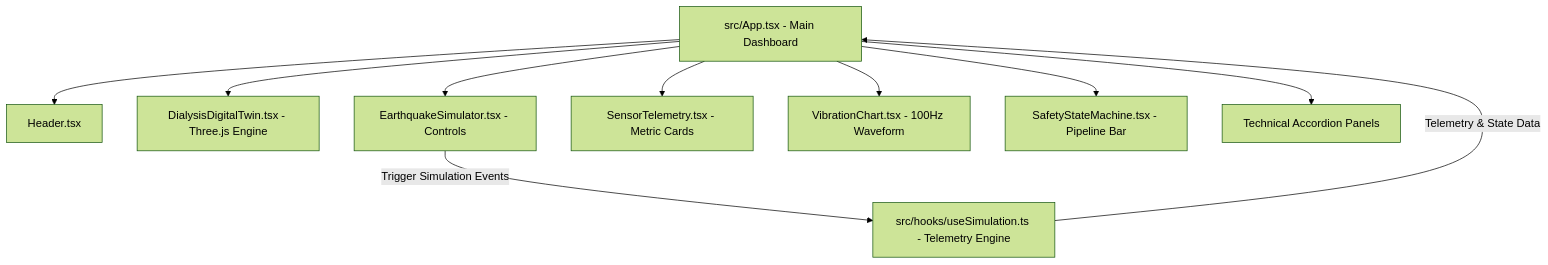
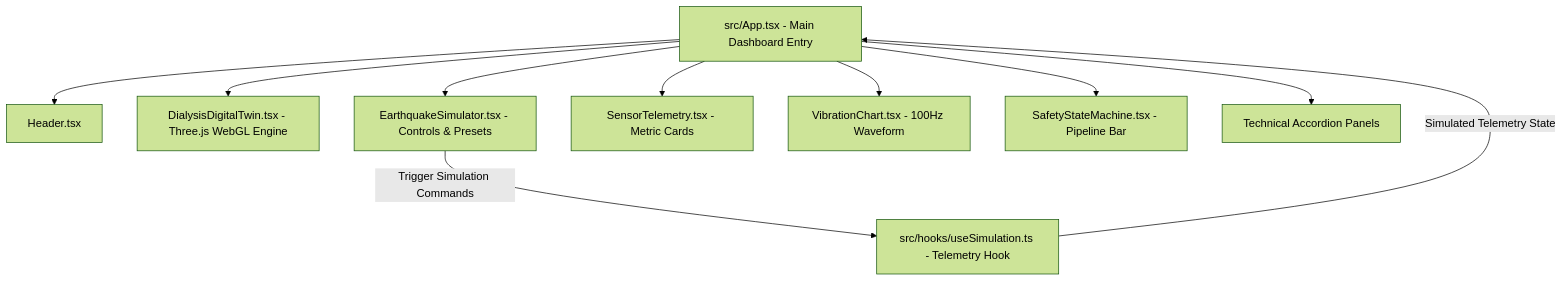
The second of 2 diagrams in README.md (s-angad/earthquake_stablizer), drawn with Mermaid (forest theme) before and after one commit. The commit also changed other lines of this file, not shown here.

````diff
--- a/README.md
+++ b/README.md
@@ -319,16 +332,16 @@
 ```mermaid
 flowchart TD
-    App[src/App.tsx - Main Dashboard]
-    Hook[src/hooks/useSimulation.ts - Telemetry Engine]
+    App[src/App.tsx - Main Dashboard Entry]
+    Hook[src/hooks/useSimulation.ts - Telemetry Hook]
     
     App --> Header[Header.tsx]
-    App --> Twin[DialysisDigitalTwin.tsx - Three.js Engine]
-    App --> Sim[EarthquakeSimulator.tsx - Controls]
+    App --> Twin[DialysisDigitalTwin.tsx - Three.js WebGL Engine]
+    App --> Sim[EarthquakeSimulator.tsx - Controls & Presets]
     App --> Telem[SensorTelemetry.tsx - Metric Cards]
     App --> Chart[VibrationChart.tsx - 100Hz Waveform]
     App --> State[SafetyStateMachine.tsx - Pipeline Bar]
     App --> Accordion[Technical Accordion Panels]
 
-    Hook -->|Telemetry & State Data| App
-    Sim -->|Trigger Simulation Events| Hook
+    Hook -->|Simulated Telemetry State| App
+    Sim -->|Trigger Simulation Commands| Hook
 ```
````
